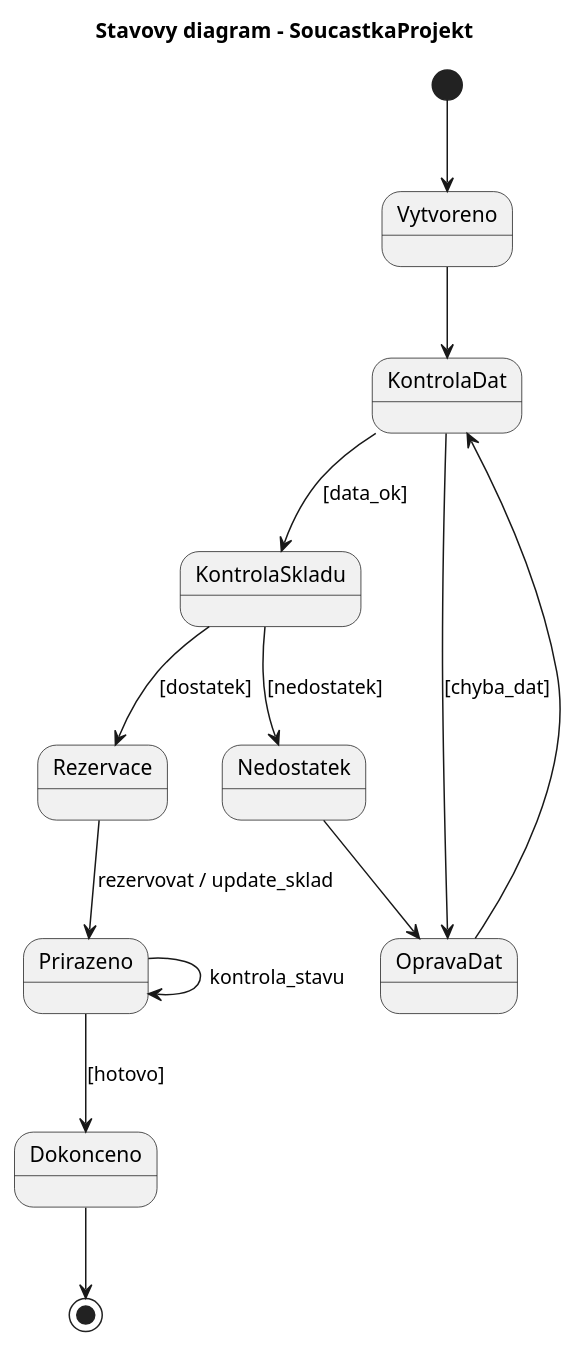
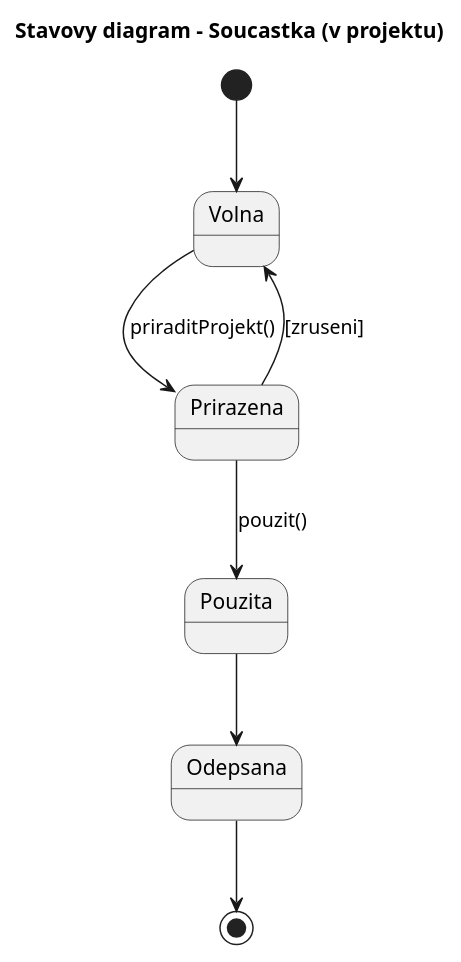
One commit to lkvapil/wms-elektronicke-soucastky changed the diagram in diagrams/10_state_soucastka_projekt.puml. Above: the diagram before and after it, drawn with PlantUML. The commit also changed 9 other files, not shown here.

Commit message:
refactor: sjednoceni modelu – Soucastka, Projekt, Pohyb

```diff
--- a/diagrams/10_state_soucastka_projekt.puml
+++ b/diagrams/10_state_soucastka_projekt.puml
@@ -1,25 +1,14 @@
 @startuml
-title Stavovy diagram - SoucastkaProjekt
+title Stavovy diagram - Soucastka (v projektu)
 
-[*] --> Vytvoreno
+[*] --> Volna
 
-Vytvoreno --> KontrolaDat
+Volna --> Prirazena : priraditProjekt()
+Prirazena --> Pouzita : pouzit()
+Pouzita --> Odepsana
 
-KontrolaDat --> KontrolaSkladu : [data_ok]
-KontrolaDat --> OpravaDat : [chyba_dat]
+Prirazena --> Volna : [zruseni]
 
-OpravaDat --> KontrolaDat
-
-KontrolaSkladu --> Rezervace : [dostatek]
-KontrolaSkladu --> Nedostatek : [nedostatek]
-
-Nedostatek --> OpravaDat
-
-Rezervace --> Prirazeno : rezervovat / update_sklad
-
-Prirazeno --> Prirazeno : kontrola_stavu
-Prirazeno --> Dokonceno : [hotovo]
-
-Dokonceno --> [*]
+Odepsana --> [*]
 
 @enduml
```
